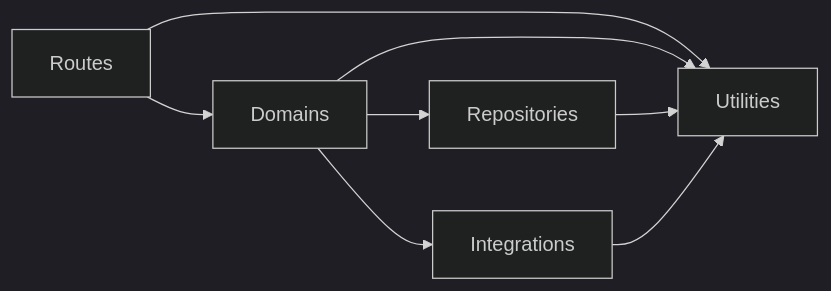
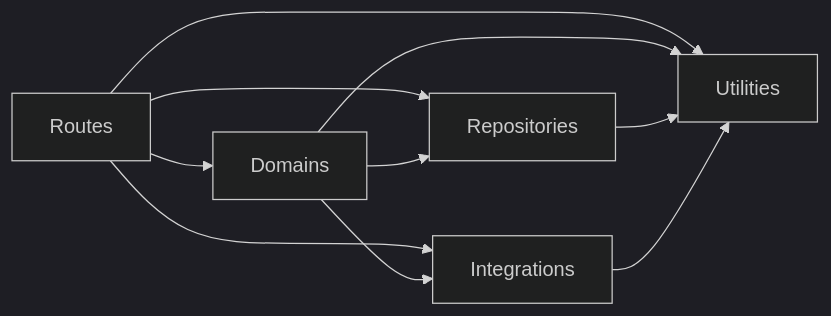
The diagram in hub/docs/backend-architecture.md (github/replica), drawn with Mermaid (dark theme) before and after one commit. The commit also changed other lines of this file and 44 other files, not shown here.

````diff
--- a/hub/docs/backend-architecture.md
+++ b/hub/docs/backend-architecture.md
@@ -15,10 +15,12 @@
 ```mermaid
 flowchart LR
   Routes --> Domains
+  Routes --> Repositories
+  Routes --> Integrations
   Routes --> Utilities
   Domains --> Repositories
   Domains --> Integrations
   Domains --> Utilities
   Repositories --> Utilities
   Integrations --> Utilities
 ```
````
